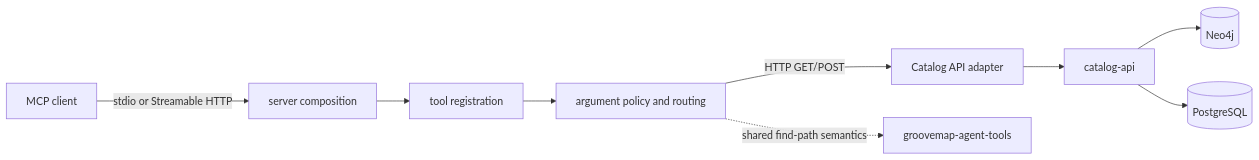
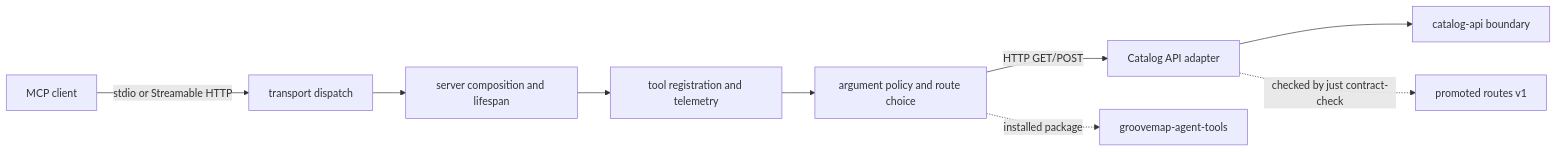
Before and after one commit to groovemap-music/mcp-server: the diagram in docs/architecture.md, drawn with Mermaid. The commit also changed other lines of this file and 8 other files, not shown here.

Commit message:
docs(mcp): reconcile adapter contracts

````diff
--- a/docs/architecture.md
+++ b/docs/architecture.md
@@ -7,11 +7,11 @@
 ```mermaid
 flowchart LR
-    Client["MCP client"] -->|"stdio or Streamable HTTP"| Root["server composition"]
-    Root --> Registry["tool registration"]
-    Registry --> Routing["argument policy and routing"]
+    Client["MCP client"] -->|"stdio or Streamable HTTP"| Transport["transport dispatch"]
+    Transport --> Root["server composition and lifespan"]
+    Root --> Registry["tool registration and telemetry"]
+    Registry --> Routing["argument policy and route choice"]
     Routing -->|"HTTP GET/POST"| Adapter["Catalog API adapter"]
-    Adapter --> API["catalog-api"]
-    Routing -. "shared find-path semantics" .-> Tools["groovemap-agent-tools"]
-    API --> Neo4j[(Neo4j)]
-    API --> Postgres[(PostgreSQL)]
+    Adapter --> API["catalog-api boundary"]
+    Adapter -. "checked by just contract-check" .-> Contract["promoted routes v1"]
+    Routing -. "installed package" .-> Tools["groovemap-agent-tools"]
 ```
````
